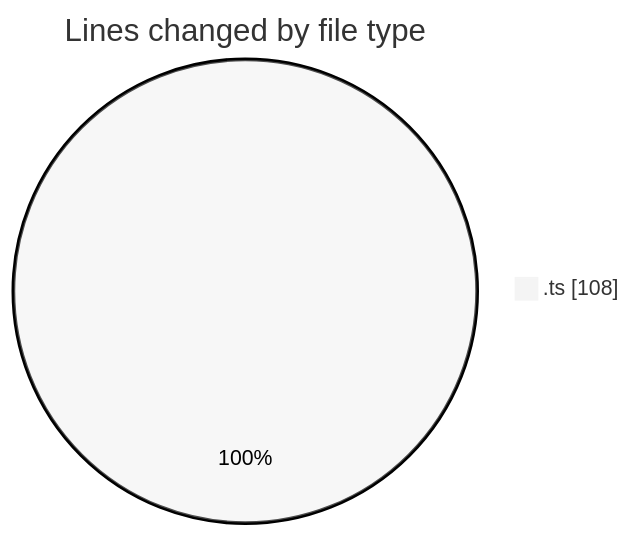
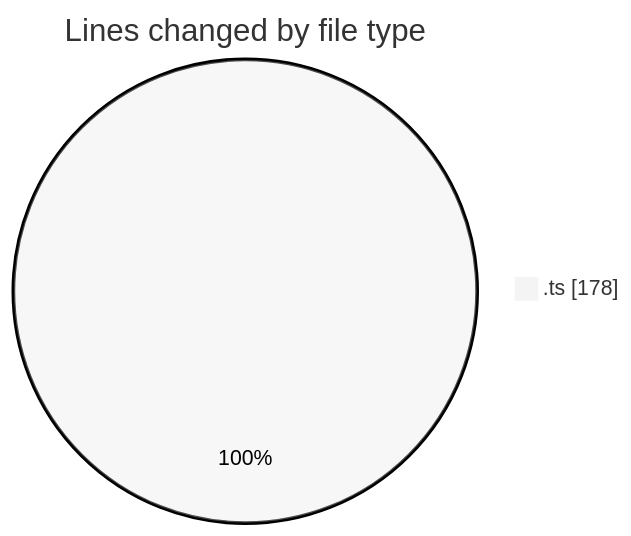
The first of 2 diagrams in 2026-03-31/cinema/README.md (igalym/code-tracking), drawn with Mermaid (neutral theme) before and after one commit. The commit also changed other lines of this file and 1 other file, not shown here.

````diff
--- a/2026-03-31/cinema/README.md
+++ b/2026-03-31/cinema/README.md
@@ -26,5 +28,5 @@
 ```mermaid
 pie showData
 title Lines changed by file type
-".ts" : 108
+".ts" : 178
 ```
````
